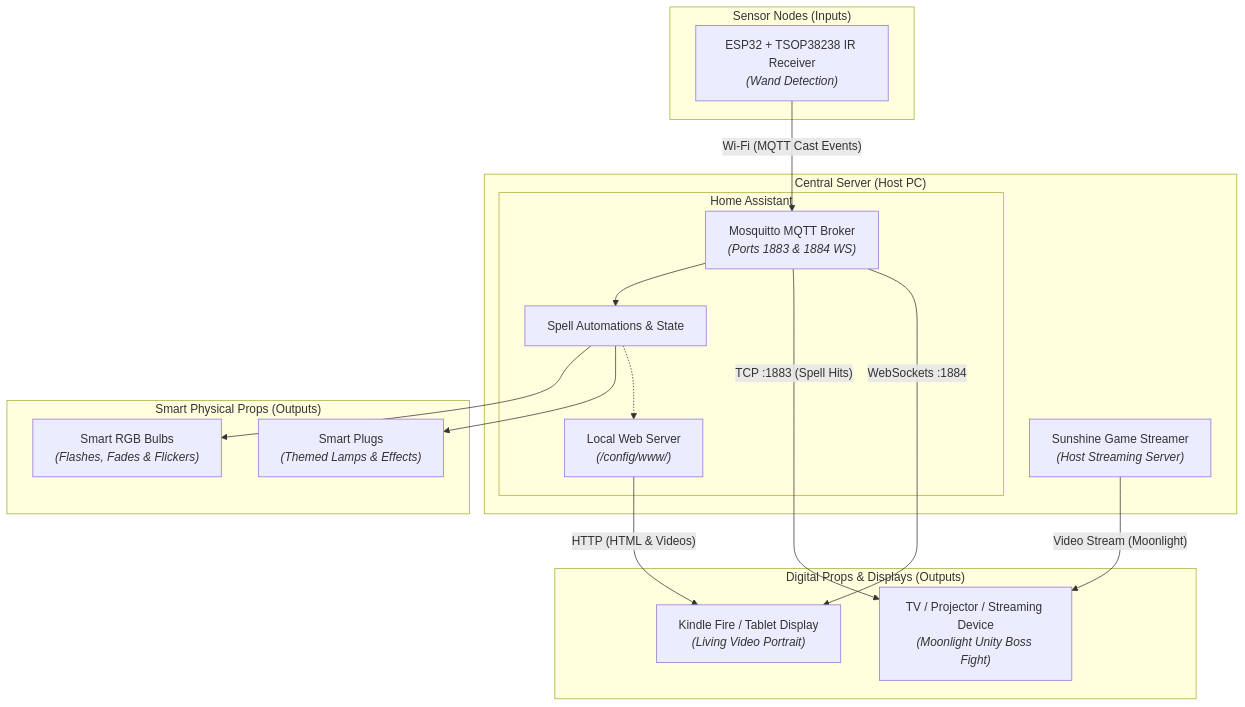
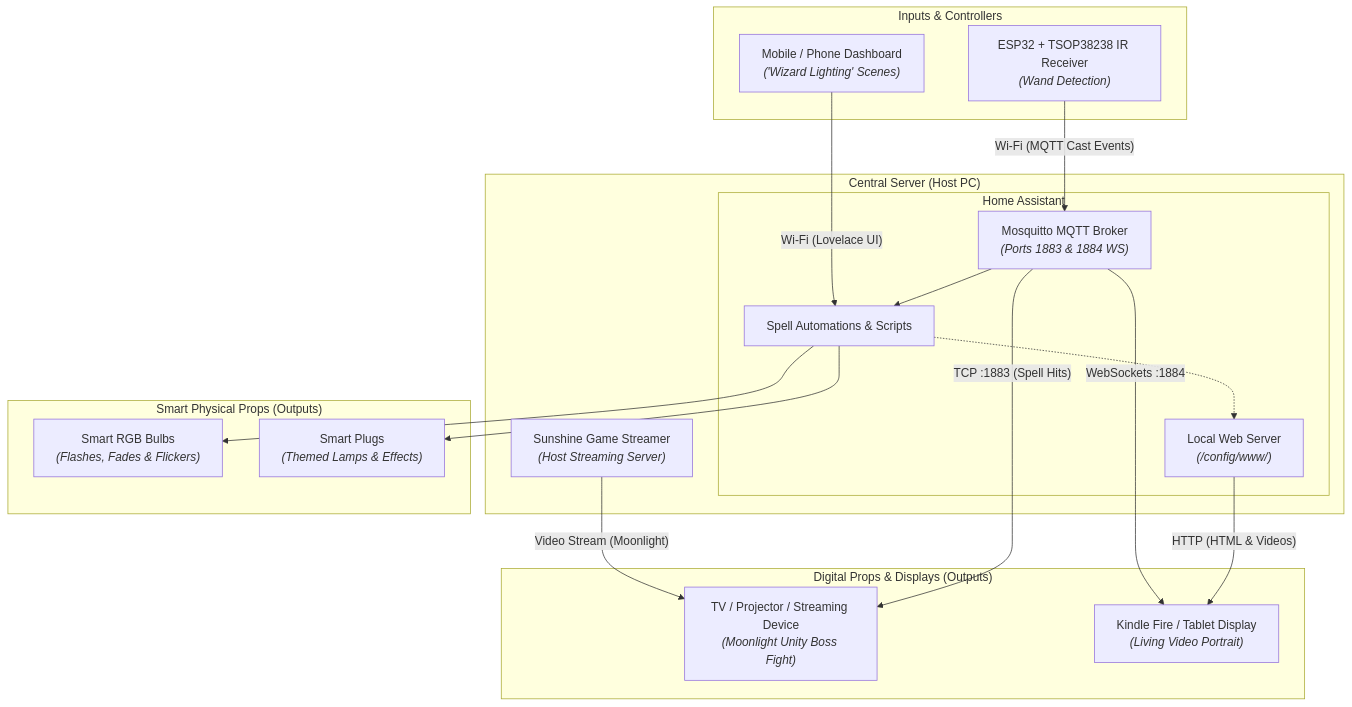
The diagram in README.md (syntch/MythicHome), drawn with Mermaid before and after one commit. The commit also changed other lines of this file and 3 other files, not shown here.

Commit message:
Integrate Wizard Lighting mobile dashboard into main documentation and split Smart Lighting BOM

````diff
--- a/README.md
+++ b/README.md
@@ -21,36 +22,38 @@
 ```mermaid
 flowchart TD
-    subgraph SensorNodes["Sensor Nodes (Inputs)"]
+    subgraph Inputs["Inputs & Controllers"]
         ESP32["ESP32 + TSOP38238 IR Receiver<br/><i>(Wand Detection)</i>"]
+        Phone["Mobile / Phone Dashboard<br/><i>('Wizard Lighting' Scenes)</i>"]
     end
 
     subgraph CentralServer["Central Server (Host PC)"]
         subgraph HomeAssistant["Home Assistant"]
             MQTT["Mosquitto MQTT Broker<br/><i>(Ports 1883 & 1884 WS)</i>"]
-            Automations["Spell Automations & State"]
+            Automations["Spell Automations & Scripts"]
             WebServer["Local Web Server<br/><i>(/config/www/)</i>"]
         end
         Sunshine["Sunshine Game Streamer<br/><i>(Host Streaming Server)</i>"]
     end
 
     subgraph SmartProps["Smart Physical Props (Outputs)"]
         Bulbs["Smart RGB Bulbs<br/><i>(Flashes, Fades & Flickers)</i>"]
         Plugs["Smart Plugs<br/><i>(Themed Lamps & Effects)</i>"]
     end
 
     subgraph DigitalProps["Digital Props & Displays (Outputs)"]
         Displays["TV / Projector / Streaming Device<br/><i>(Moonlight Unity Boss Fight)</i>"]
         Tablet["Kindle Fire / Tablet Display<br/><i>(Living Video Portrait)</i>"]
     end
 
     %% Data Flow
     ESP32 -- "Wi-Fi (MQTT Cast Events)" --> MQTT
+    Phone -- "Wi-Fi (Lovelace UI)" --> Automations
     MQTT --> Automations
     Automations --> Bulbs
     Automations --> Plugs
     Automations -.-> WebServer
     Sunshine -- "Video Stream (Moonlight)" --> Displays
     MQTT -- "TCP :1883 (Spell Hits)" --> Displays
     MQTT -- "WebSockets :1884" --> Tablet
     WebServer -- "HTTP (HTML & Videos)" --> Tablet
 ```
````
